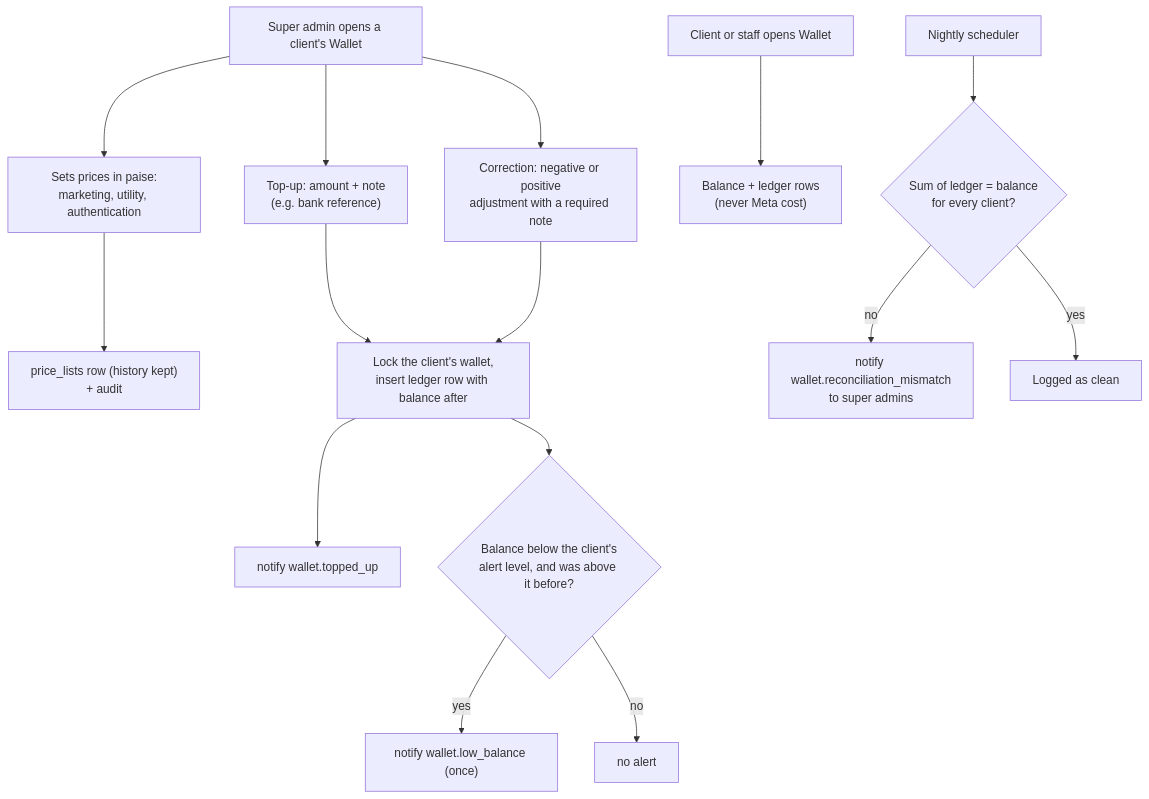
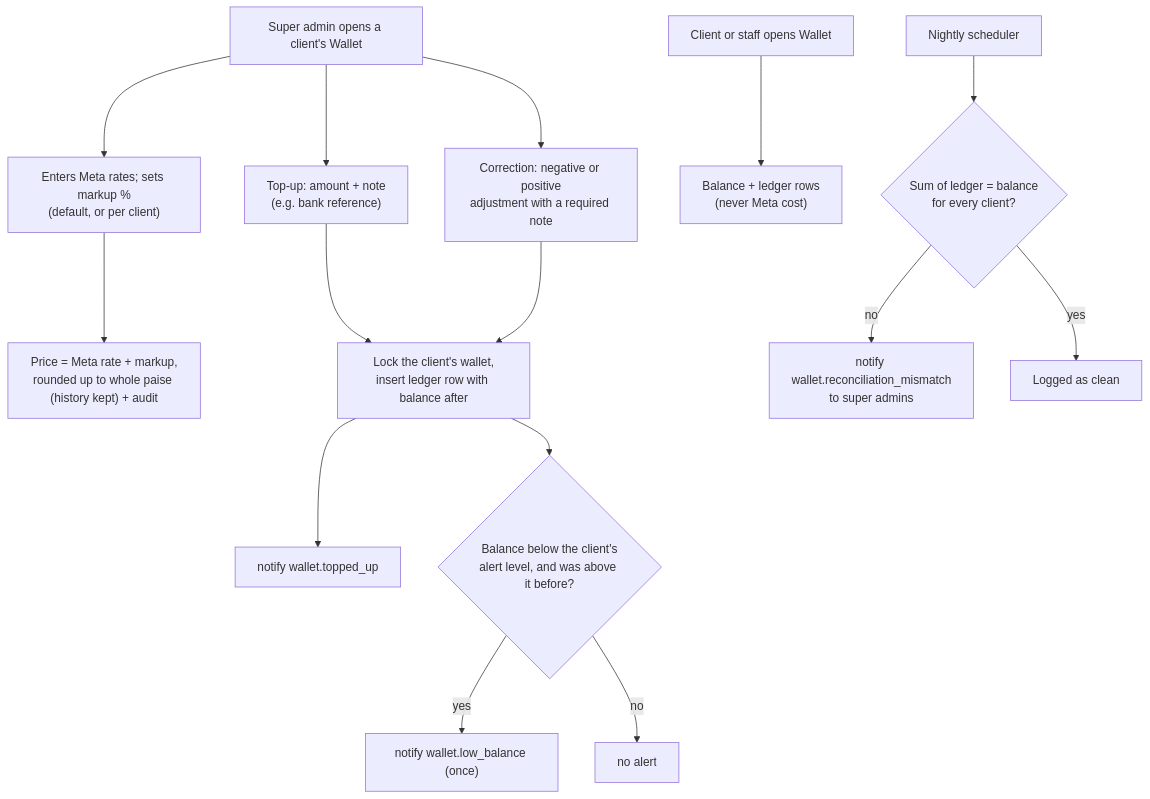
Before and after one commit to reaplift/reaplift-bsp: the diagram in docs/milestones/m6-wallet/spec.md, drawn with Mermaid. The commit also changed other lines of this file and 6 other files, not shown here.

````diff
--- a/docs/milestones/m6-wallet/spec.md
+++ b/docs/milestones/m6-wallet/spec.md
@@ -15,17 +15,17 @@
 ```mermaid
 flowchart TD
-  A["Super admin opens a client's Wallet"] --> B["Sets prices in paise:<br/>marketing, utility, authentication"]
-  B --> C["price_lists row (history kept)<br/>+ audit"]
+  A["Super admin opens a client's Wallet"] --> B["Enters Meta rates; sets markup %<br/>(default, or per client)"]
+  B --> C["Price = Meta rate + markup,<br/>rounded up to whole paise (history kept) + audit"]
   A --> D["Top-up: amount + note<br/>(e.g. bank reference)"]
   D --> E["Lock the client's wallet,<br/>insert ledger row with balance after"]
   E --> F["notify wallet.topped_up"]
   A --> G["Correction: negative or positive<br/>adjustment with a required note"]
   G --> E
   E --> H{"Balance below the client's<br/>alert level, and was above it before?"}
   H -- "yes" --> I["notify wallet.low_balance (once)"]
   H -- "no" --> J["no alert"]
   K["Client or staff opens Wallet"] --> L["Balance + ledger rows<br/>(never Meta cost)"]
   M["Nightly scheduler"] --> N{"Sum of ledger = balance<br/>for every client?"}
   N -- "no" --> O["notify wallet.reconciliation_mismatch<br/>to super admins"]
   N -- "yes" --> P["Logged as clean"]
 ```
````
